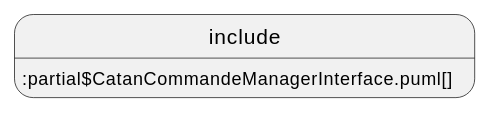
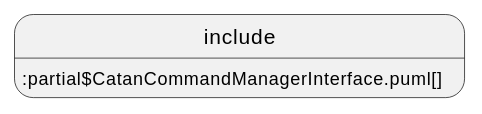
One commit to Bobinho44/PROJET_OOAD_M1 changed the eighth of 10 diagrams in catan-doc/modules/composants/pages/composants.adoc. Above: the diagram before and after it, drawn with PlantUML. The commit also changed other lines of this file and 7 other files, not shown here.

```diff
--- a/catan-doc/modules/composants/pages/composants.adoc
+++ b/catan-doc/modules/composants/pages/composants.adoc
@@ -87,4 +87,4 @@
 [plantuml]
 ....
-include::partial$CatanCommandeManagerInterface.puml[]
+include::partial$CatanCommandManagerInterface.puml[]
 ....
```
